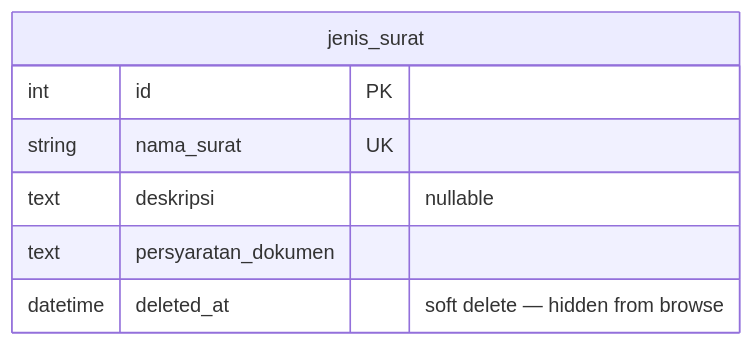
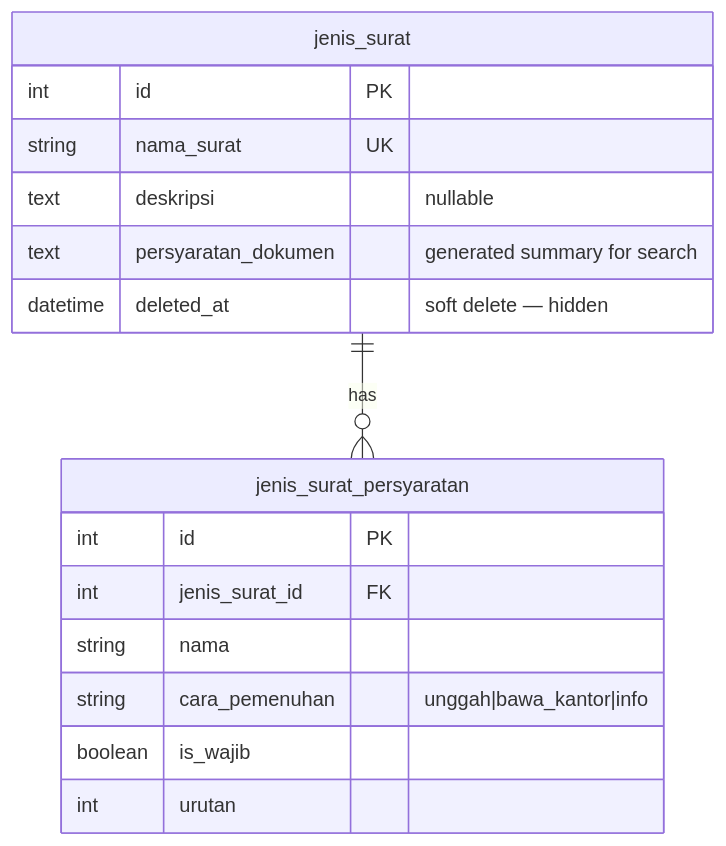
One commit to ZulfikarHD/sistem-desa changed the second of 2 diagrams in docs/dev-docs/features/persyaratan-dokumen.md. Above: the diagram before and after it, drawn with Mermaid. The commit also changed other lines of this file and 23 other files, not shown here.

````diff
--- a/docs/dev-docs/features/persyaratan-dokumen.md
+++ b/docs/dev-docs/features/persyaratan-dokumen.md
@@ -24,10 +25,19 @@
 ```mermaid
 erDiagram
+    jenis_surat ||--o{ jenis_surat_persyaratan : has
     jenis_surat {
         int id PK
         string nama_surat UK
         text deskripsi "nullable"
-        text persyaratan_dokumen
-        datetime deleted_at "soft delete — hidden from browse"
+        text persyaratan_dokumen "generated summary for search"
+        datetime deleted_at "soft delete — hidden"
+    }
+    jenis_surat_persyaratan {
+        int id PK
+        int jenis_surat_id FK
+        string nama
+        string cara_pemenuhan "unggah|bawa_kantor|info"
+        boolean is_wajib
+        int urutan
     }
 ```
````
